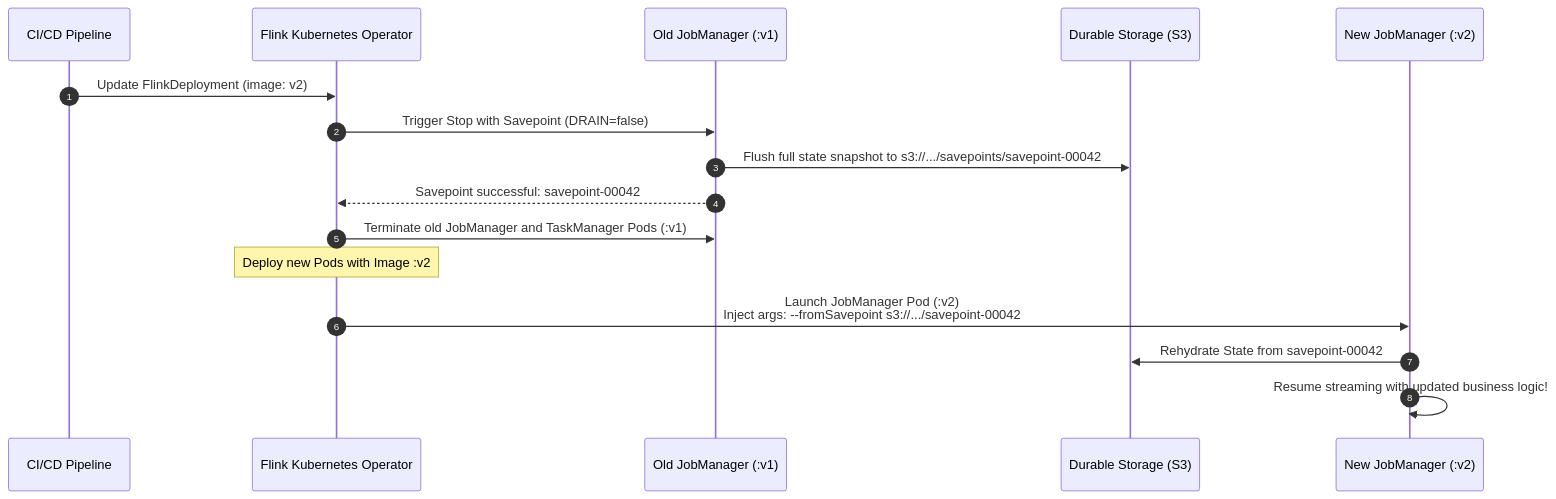
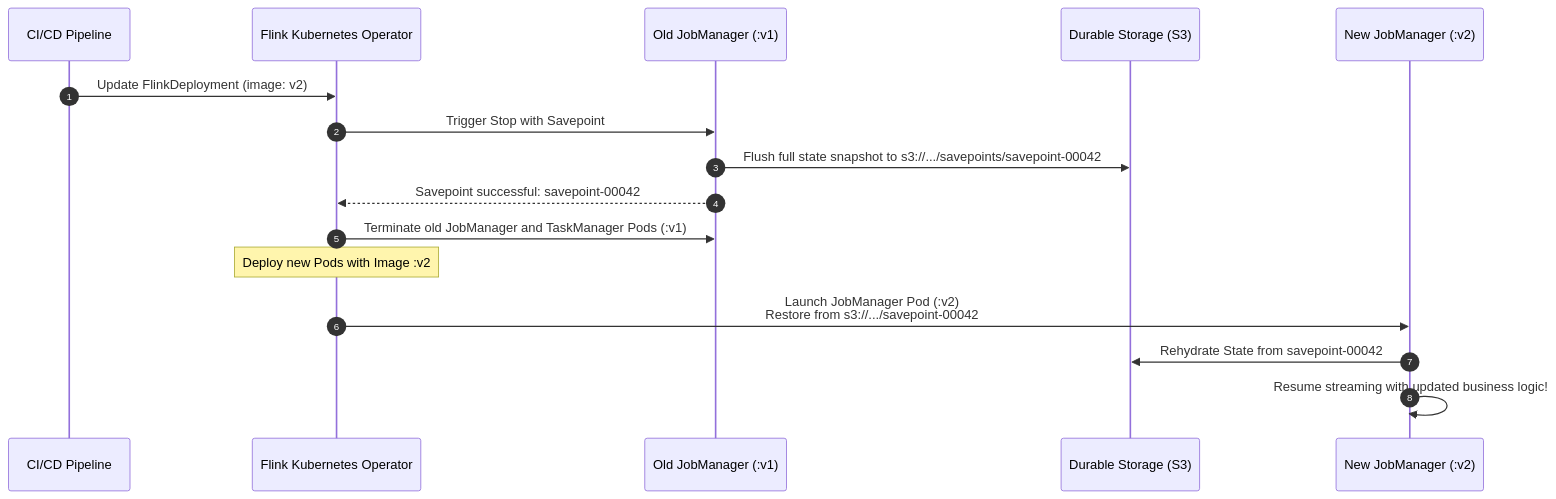
One commit to azusachino/harus-blog changed the third of 4 diagrams in docs/tech/series/flink/07.kubernetes-operator.md. Above: the diagram before and after it, drawn with Mermaid. The commit also changed other lines of this file and 140 other files, not shown here.

````diff
--- a/docs/tech/series/flink/07.kubernetes-operator.md
+++ b/docs/tech/series/flink/07.kubernetes-operator.md
@@ -138,21 +139,21 @@
 ```mermaid
 sequenceDiagram
     autonumber
     participant GitOps as CI/CD Pipeline
     participant Op as Flink Kubernetes Operator
     participant OldJM as Old JobManager (:v1)
     participant S3 as Durable Storage (S3)
     participant NewJM as New JobManager (:v2)
 
     GitOps->>Op: Update FlinkDeployment (image: v2)
-    Op->>OldJM: Trigger Stop with Savepoint (DRAIN=false)
+    Op->>OldJM: Trigger Stop with Savepoint
     OldJM->>S3: Flush full state snapshot to s3://.../savepoints/savepoint-00042
     OldJM-->>Op: Savepoint successful: savepoint-00042
     
     Op->>OldJM: Terminate old JobManager and TaskManager Pods (:v1)
     
     Note over Op: Deploy new Pods with Image :v2
-    Op->>NewJM: Launch JobManager Pod (:v2)<br/>Inject args: --fromSavepoint s3://.../savepoint-00042
+    Op->>NewJM: Launch JobManager Pod (:v2)<br/>Restore from s3://.../savepoint-00042
     NewJM->>S3: Rehydrate State from savepoint-00042
     NewJM->>NewJM: Resume streaming with updated business logic!
 ```
````
